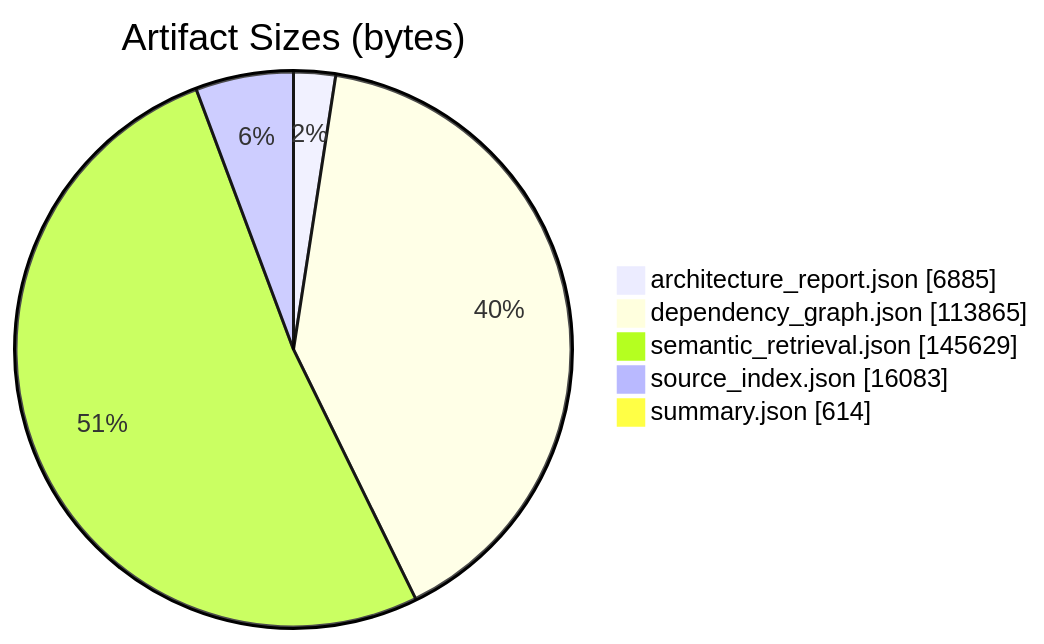
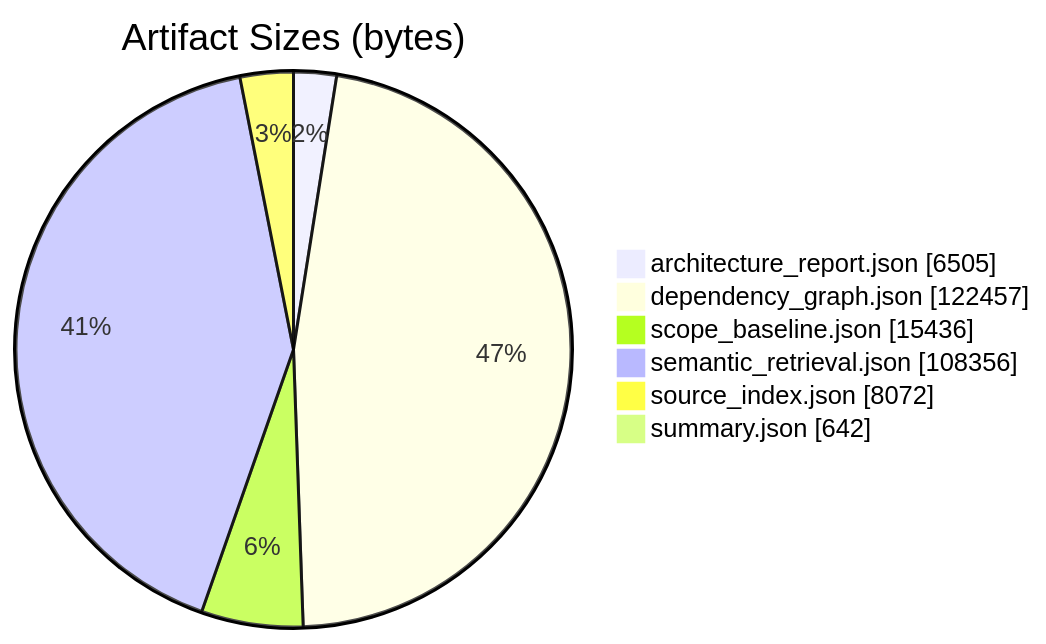
Before and after one commit to scl2bp/refactor_cli: the second of 7 diagrams in .refactor/analysis/candidates/report.md, drawn with Mermaid. The commit also changed other lines of this file and 6 other files, not shown here.

Commit message:
Implement scope baseline analysis and enhance candidate report with AST integration

````diff
--- a/.refactor/analysis/candidates/report.md
+++ b/.refactor/analysis/candidates/report.md
@@ -61,9 +67,10 @@
 ```mermaid
 pie showData
   title Artifact Sizes (bytes)
-  "architecture_report.json" : 6885
-  "dependency_graph.json" : 113865
-  "semantic_retrieval.json" : 145629
-  "source_index.json" : 16083
-  "summary.json" : 614
+  "architecture_report.json" : 6505
+  "dependency_graph.json" : 122457
+  "scope_baseline.json" : 15436
+  "semantic_retrieval.json" : 108356
+  "source_index.json" : 8072
+  "summary.json" : 642
 ```
````
